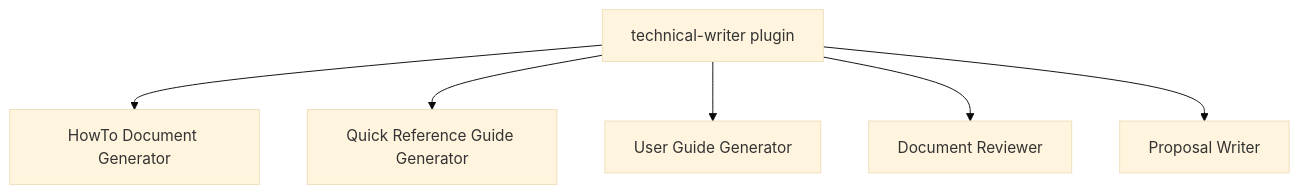
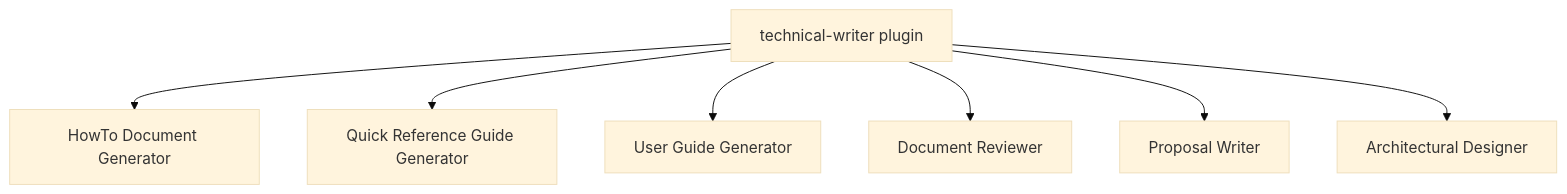
The diagram in plugins/technical-writer/README.md (dimpletz/prompts-collection), drawn with Mermaid (base theme) before and after one commit. The commit also changed other lines of this file and 8 other files, not shown here.

Commit message:
feat(technical-writer): enhance documentation and add Architectural Designer agent

````diff
--- a/plugins/technical-writer/README.md
+++ b/plugins/technical-writer/README.md
@@ -40,9 +42,10 @@
 ```mermaid
 graph TD
     A[technical-writer plugin]
     A --> B[HowTo Document Generator]
     A --> C[Quick Reference Guide Generator]
     A --> D[User Guide Generator]
     A --> E[Document Reviewer]
     A --> F[Proposal Writer]
+    A --> G[Architectural Designer]
 ```
````
